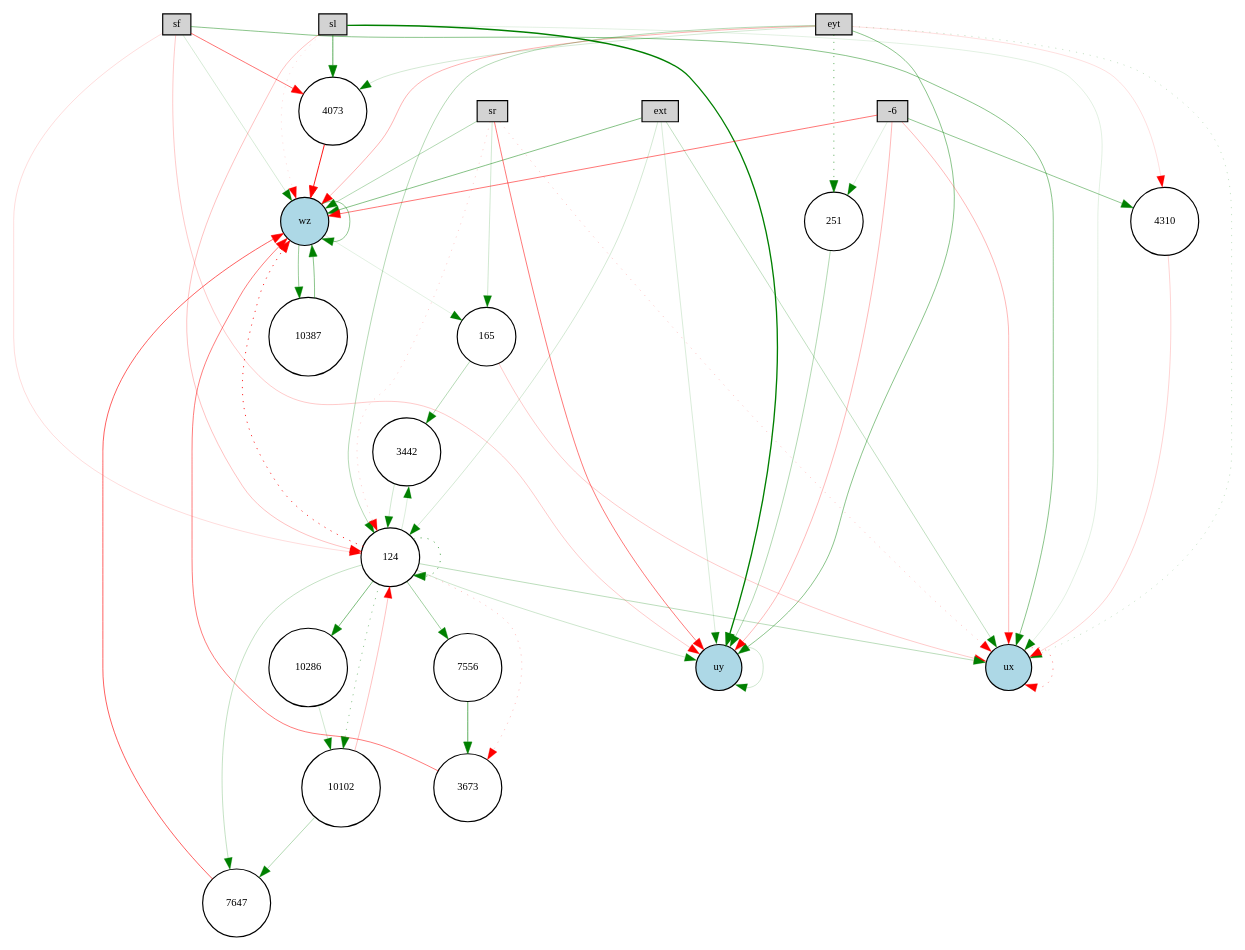
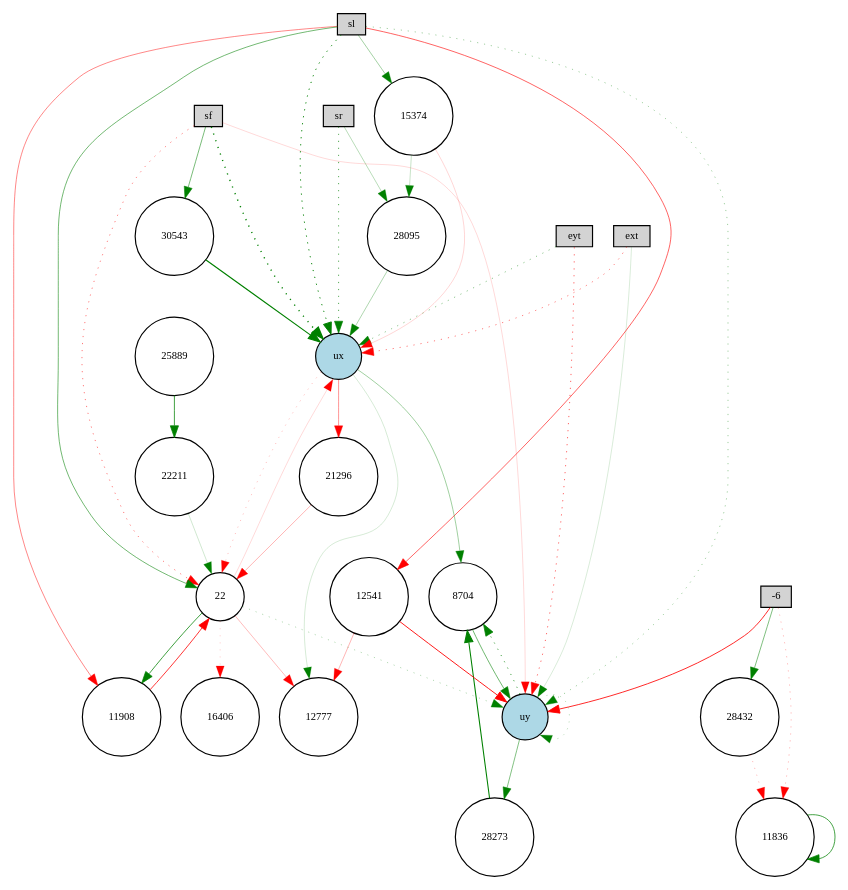
Before and after one commit to KaiL4eK/autopilot_simulator: the diagram in pictures_ctrnn/Digraph.gv, drawn with Graphviz. The commit also changed 22 other files, not shown here.

```diff
--- a/pictures_ctrnn/Digraph.gv
+++ b/pictures_ctrnn/Digraph.gv
@@ -1,83 +1,71 @@
 digraph {
 	node [fontsize=9 height=0.2 shape=circle width=0.2]
 	ext [fillcolor=lightgray shape=box style=filled]
 	eyt [fillcolor=lightgray shape=box style=filled]
 	sf [fillcolor=lightgray shape=box style=filled]
 	sl [fillcolor=lightgray shape=box style=filled]
 	sr [fillcolor=lightgray shape=box style=filled]
 	-6 [fillcolor=lightgray shape=box style=filled]
 	ux [fillcolor=lightblue style=filled]
 	uy [fillcolor=lightblue style=filled]
-	wz [fillcolor=lightblue style=filled]
-	7556 [fillcolor=white style=filled]
-	165 [fillcolor=white style=filled]
-	4073 [fillcolor=white style=filled]
-	10286 [fillcolor=white style=filled]
-	3442 [fillcolor=white style=filled]
-	10387 [fillcolor=white style=filled]
-	10102 [fillcolor=white style=filled]
-	4310 [fillcolor=white style=filled]
-	3673 [fillcolor=white style=filled]
-	251 [fillcolor=white style=filled]
-	124 [fillcolor=white style=filled]
-	7647 [fillcolor=white style=filled]
-	sl -> 124 [color=red penwidth=0.20997772084048266 style=solid]
-	eyt -> ux [color=green penwidth=0.18599977009902874 style=dotted]
-	-6 -> 4310 [color=green penwidth=0.36528828261009694 style=solid]
-	sl -> wz [color=red penwidth=0.12380281027143679 style=dotted]
-	7556 -> 3673 [color=green penwidth=0.5416207111874182 style=solid]
-	3442 -> 124 [color=green penwidth=0.16011210006896265 style=solid]
-	eyt -> wz [color=red penwidth=0.2647330525764645 style=solid]
-	124 -> ux [color=green penwidth=0.23031736511795572 style=solid]
-	124 -> 3673 [color=red penwidth=0.19629929482749608 style=dotted]
-	4310 -> ux [color=red penwidth=0.1502130890819292 style=solid]
-	ext -> ux [color=green penwidth=0.21273746242637814 style=solid]
-	ext -> uy [color=green penwidth=0.12720269538205736 style=solid]
-	sr -> uy [color=red penwidth=0.45134154318622555 style=solid]
-	-6 -> 251 [color=green penwidth=0.1082627426678353 style=solid]
-	ext -> 124 [color=green penwidth=0.15166148011047537 style=solid]
-	-6 -> ux [color=red penwidth=0.2411137919303114 style=solid]
-	124 -> 124 [color=green penwidth=0.5466470215923158 style=dotted]
-	165 -> 3442 [color=green penwidth=0.2493069430911863 style=solid]
-	eyt -> 4310 [color=red penwidth=0.10764073798475564 style=solid]
-	sf -> wz [color=green penwidth=0.1370533544326312 style=solid]
-	7647 -> wz [color=red penwidth=0.5286415449889652 style=solid]
-	eyt -> uy [color=green penwidth=0.39258594847344896 style=solid]
-	3673 -> wz [color=red penwidth=0.44369623556826776 style=solid]
-	10102 -> 124 [color=red penwidth=0.20680002377348253 style=solid]
-	10286 -> 10102 [color=green penwidth=0.15983445544763444 style=solid]
-	10102 -> 7647 [color=green penwidth=0.2630430156832237 style=solid]
-	uy -> uy [color=green penwidth=0.16362729976548568 style=solid]
-	sr -> ux [color=red penwidth=0.19056356437733224 style=dotted]
-	124 -> 3442 [color=green penwidth=0.11583734475503563 style=solid]
-	sf -> 124 [color=red penwidth=0.1163712975590653 style=solid]
-	ux -> ux [color=red penwidth=0.36572353547547265 style=dotted]
-	-6 -> uy [color=red penwidth=0.23533419106277229 style=solid]
-	4073 -> wz [color=red penwidth=0.7847033419868286 style=solid]
-	sf -> 4073 [color=red penwidth=0.4653985418821186 style=solid]
-	ext -> wz [color=green penwidth=0.40939926231824963 style=solid]
-	124 -> 10102 [color=green penwidth=0.3617289565651933 style=dotted]
-	sf -> uy [color=red penwidth=0.1837819354367029 style=solid]
-	10387 -> wz [color=green penwidth=0.3909373541380913 style=solid]
-	251 -> uy [color=green penwidth=0.26139973631588465 style=solid]
-	124 -> 10286 [color=green penwidth=0.4370962872446509 style=solid]
-	165 -> ux [color=red penwidth=0.1774137453787577 style=solid]
-	sl -> ux [color=green penwidth=0.1001261571642583 style=solid]
-	wz -> 10387 [color=green penwidth=0.34072994480209007 style=solid]
-	sr -> wz [color=green penwidth=0.26074044250654826 style=solid]
-	sr -> 165 [color=green penwidth=0.15881124402504182 style=solid]
-	eyt -> 251 [color=green penwidth=0.47577057952097956 style=dotted]
-	sl -> uy [color=green penwidth=1.1476422987894281 style=solid]
-	124 -> 7647 [color=green penwidth=0.2036627949941402 style=solid]
-	124 -> 7556 [color=green penwidth=0.31686779132971576 style=solid]
-	124 -> wz [color=red penwidth=0.6994664070394313 style=dotted]
-	eyt -> 4073 [color=green penwidth=0.15153097491660017 style=solid]
-	sl -> 4073 [color=green penwidth=0.564244953475575 style=solid]
-	wz -> wz [color=green penwidth=0.37438572371380097 style=solid]
-	sf -> ux [color=green penwidth=0.38887665637415414 style=solid]
-	-6 -> wz [color=red penwidth=0.4597679803817717 style=solid]
-	eyt -> 124 [color=green penwidth=0.24575941427590606 style=solid]
-	124 -> uy [color=green penwidth=0.16580057599977482 style=solid]
-	wz -> 165 [color=green penwidth=0.10272608780496312 style=solid]
-	sr -> 124 [color=red penwidth=0.16008094252841082 style=dotted]
+	25889 [fillcolor=white style=filled]
+	22211 [fillcolor=white style=filled]
+	11908 [fillcolor=white style=filled]
+	8704 [fillcolor=white style=filled]
+	12777 [fillcolor=white style=filled]
+	15374 [fillcolor=white style=filled]
+	30543 [fillcolor=white style=filled]
+	21296 [fillcolor=white style=filled]
+	28273 [fillcolor=white style=filled]
+	28432 [fillcolor=white style=filled]
+	22 [fillcolor=white style=filled]
+	16406 [fillcolor=white style=filled]
+	11836 [fillcolor=white style=filled]
+	12541 [fillcolor=white style=filled]
+	28095 [fillcolor=white style=filled]
+	15374 -> 28095 [color=green penwidth=0.18626062795119325 style=solid]
+	eyt -> ux [color=green penwidth=0.3964614236384386 style=dotted]
+	21296 -> 22 [color=red penwidth=0.2535293545358933 style=solid]
+	-6 -> 11836 [color=red penwidth=0.2548546554661254 style=dotted]
+	sf -> 22 [color=red penwidth=0.4519483081245118 style=dotted]
+	15374 -> ux [color=red penwidth=0.14167282857722202 style=solid]
+	ux -> 12777 [color=green penwidth=0.14151740636334403 style=solid]
+	ext -> ux [color=red penwidth=0.4487445682487684 style=dotted]
+	ext -> uy [color=green penwidth=0.13379404553727203 style=solid]
+	22211 -> 22 [color=green penwidth=0.1648412305274649 style=solid]
+	22 -> 11908 [color=green penwidth=0.6413008235491802 style=solid]
+	11836 -> 11836 [color=green penwidth=0.6153576196110088 style=solid]
+	uy -> 28273 [color=green penwidth=0.4237854032393519 style=solid]
+	sl -> 15374 [color=green penwidth=0.30893698939949477 style=solid]
+	uy -> uy [color=green penwidth=0.22645689490578852 style=dotted]
+	sr -> ux [color=green penwidth=0.5573386810776493 style=dotted]
+	ux -> 22 [color=red penwidth=0.20530005189103342 style=dotted]
+	ux -> 8704 [color=green penwidth=0.31525108318149814 style=solid]
+	-6 -> uy [color=red penwidth=0.7109126359060433 style=solid]
+	sl -> 12541 [color=red penwidth=0.5170281783453181 style=solid]
+	12541 -> 12777 [color=red penwidth=0.2516953038082739 style=solid]
+	28273 -> 8704 [color=green penwidth=0.9056194421785339 style=solid]
+	eyt -> uy [color=red penwidth=0.5316915536853679 style=dotted]
+	12541 -> uy [color=red penwidth=0.7583427852534127 style=solid]
+	sl -> 11908 [color=red penwidth=0.39895722378046616 style=solid]
+	sl -> ux [color=green penwidth=0.8396302078599978 style=dotted]
+	sr -> 28095 [color=green penwidth=0.23525278061281907 style=solid]
+	uy -> 8704 [color=green penwidth=0.6076633253095879 style=dotted]
+	28095 -> ux [color=green penwidth=0.2707999522260131 style=solid]
+	22 -> ux [color=red penwidth=0.13020848643590785 style=solid]
+	8704 -> uy [color=green penwidth=0.4787961308979318 style=solid]
+	25889 -> 22211 [color=green penwidth=0.6331748101827307 style=solid]
+	22 -> 16406 [color=red penwidth=0.15990255477797544 style=dotted]
+	30543 -> ux [color=green penwidth=0.9759749257568252 style=solid]
+	sl -> 22 [color=green penwidth=0.46762788848756043 style=solid]
+	sf -> ux [color=green penwidth=1.2077520542209657 style=dotted]
+	28432 -> 11836 [color=red penwidth=0.23430773088492826 style=dotted]
+	22 -> 12777 [color=red penwidth=0.22699822480393264 style=solid]
+	ux -> 21296 [color=red penwidth=0.358226499908752 style=solid]
+	sl -> uy [color=green penwidth=0.3326620758591463 style=dotted]
+	sf -> uy [color=red penwidth=0.13026382326135305 style=solid]
+	-6 -> 28432 [color=green penwidth=0.42785383391760523 style=solid]
+	22 -> uy [color=green penwidth=0.2640685825837449 style=dotted]
+	sf -> 30543 [color=green penwidth=0.45197832463396215 style=solid]
+	11908 -> 22 [color=red penwidth=0.673986932534613 style=solid]
 }
```
